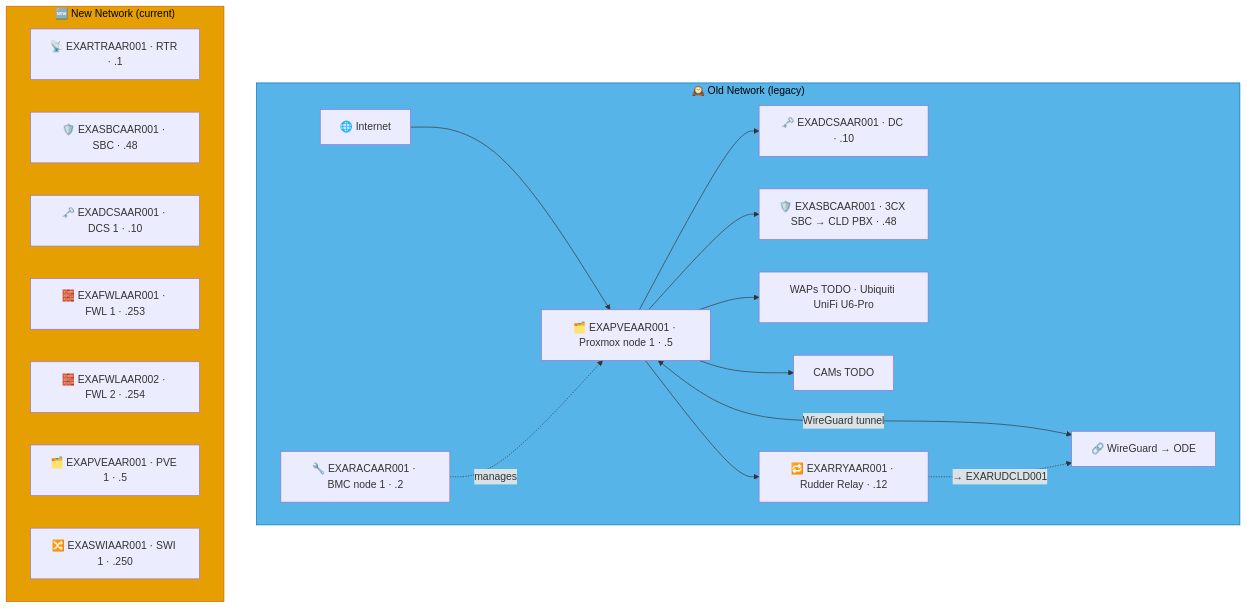
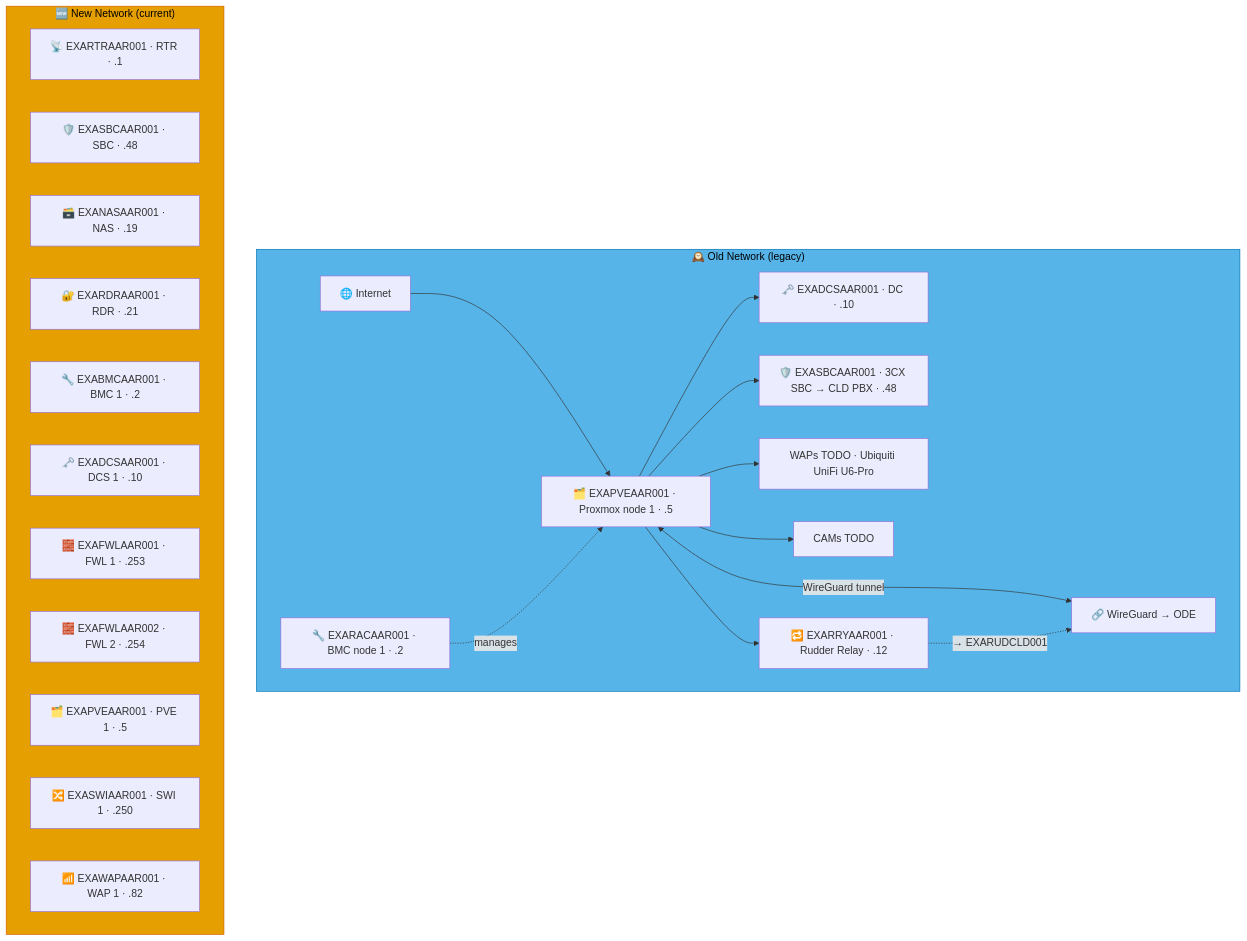
One commit to knightmare2600/example_music_infra changed the sixth of 9 diagrams in docs/network-diagram/danmark.md. Above: the diagram before and after it, drawn with Mermaid. The commit also changed other lines of this file and 15 other files, not shown here.

````diff
--- a/docs/network-diagram/danmark.md
+++ b/docs/network-diagram/danmark.md
@@ -275,35 +295,39 @@
 ```mermaid
 graph TD
     subgraph OLD_AAR ["🕰️ Old Network (legacy)"]
       INET["🌐 Internet"]
       RAC["🔧 EXARACAAR001 · BMC node 1 · .2"]
       PVE["🗂️ EXAPVEAAR001 · Proxmox node 1 · .5"]
       DC["🗝️ EXADCSAAR001 · DC · .10"]
       SBC["🛡️ EXASBCAAR001 · 3CX SBC → CLD PBX · .48"]
       RRY["🔁 EXARRYAAR001 · Rudder Relay · .12"]
       WAP["WAPs TODO · Ubiquiti UniFi U6-Pro"]
       CAM["CAMs TODO"]
       VPN["🔗 WireGuard → ODE"]
 
       INET --> PVE --> DC & SBC
       RAC -.->|"manages"| PVE
       PVE --> WAP & CAM
       PVE <-->|"WireGuard tunnel"| VPN
 
       PVE --> RRY
       RRY -. "→ EXARUDCLD001" .-> VPN
     end
     style OLD_AAR fill:#56B4E9,stroke:#0072B2,color:#000000
     %% GENERATED:NEW-NETWORK:AAR:START
     subgraph NEW_AAR ["🆕 New Network (current)"]
       N_RTR["📡 EXARTRAAR001 · RTR · .1"]
       N_SBC["🛡️ EXASBCAAR001 · SBC · .48"]
+      N_NAS["🗃️ EXANASAAR001 · NAS · .19"]
+      N_RDR["🔐 EXARDRAAR001 · RDR · .21"]
+      N_BMC["🔧 EXABMCAAR001 · BMC 1 · .2"]
       N_DCS["🗝️ EXADCSAAR001 · DCS 1 · .10"]
       N_FWL["🧱 EXAFWLAAR001 · FWL 1 · .253"]
       N_FWL2["🧱 EXAFWLAAR002 · FWL 2 · .254"]
       N_PVE["🗂️ EXAPVEAAR001 · PVE 1 · .5"]
       N_SWI["🔀 EXASWIAAR001 · SWI 1 · .250"]
+      N_WAP["📶 EXAWAPAAR001 · WAP 1 · .82"]
     end
     style NEW_AAR fill:#E69F00,stroke:#D55E00,color:#000000
     %% GENERATED:NEW-NETWORK:AAR:END
 ```
````
